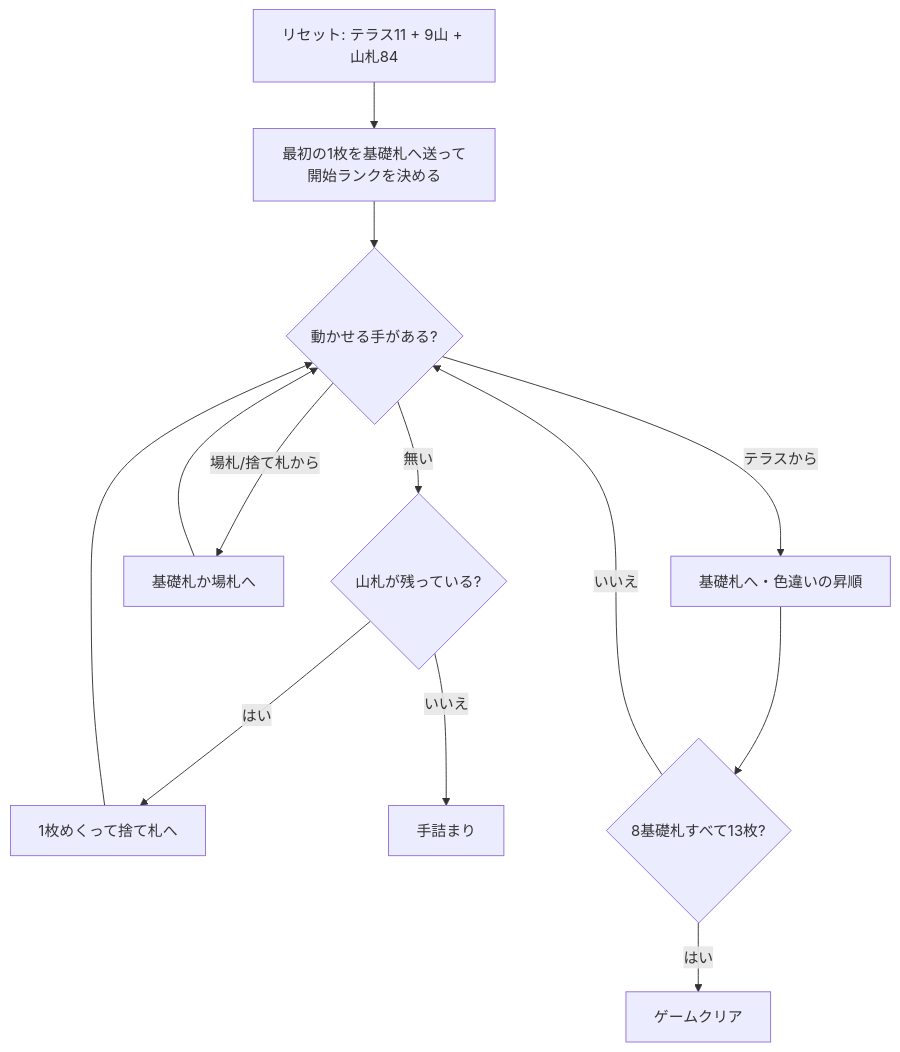
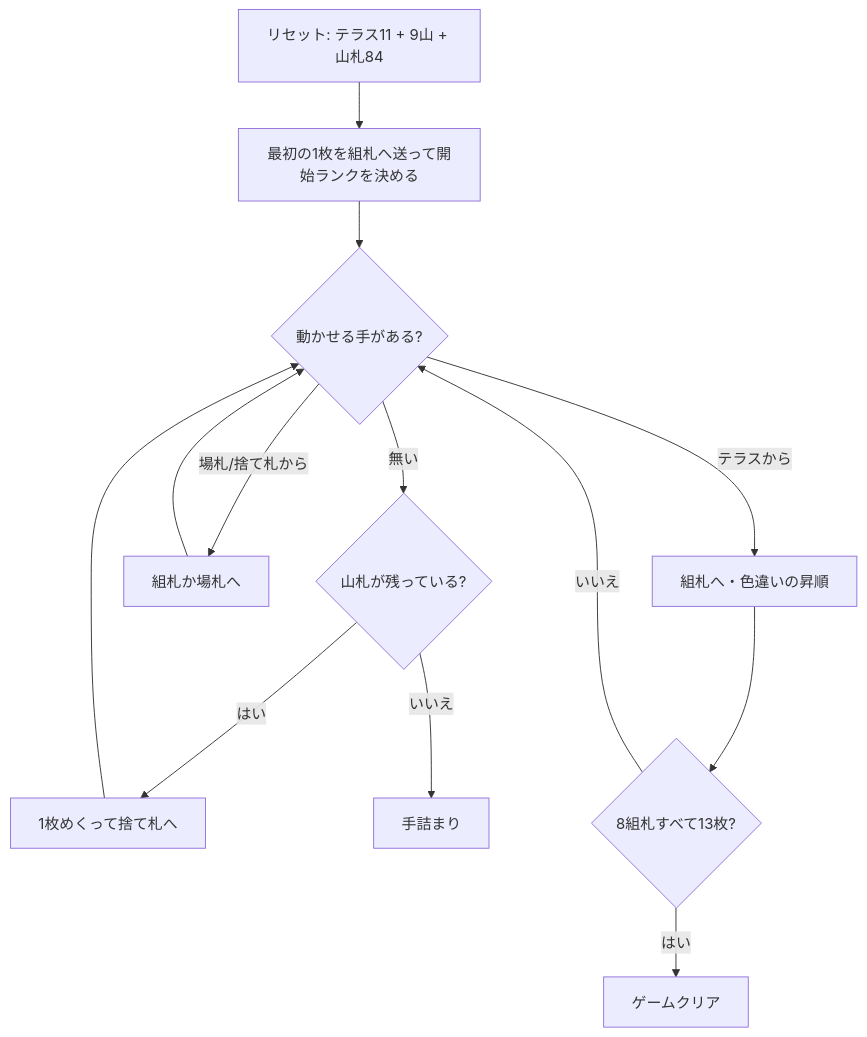
One commit to yuta-yoshinaga/go_trumpcards changed the diagram in docs/manual/cui/terrace.md. Above: the diagram before and after it, drawn with Mermaid. The commit also changed other lines of this file and 49 other files, not shown here.

````diff
--- a/docs/manual/cui/terrace.md
+++ b/docs/manual/cui/terrace.md
@@ -37,15 +37,15 @@
 ```mermaid
 flowchart TD
-    A[リセット: テラス11 + 9山 + 山札84] --> B[最初の1枚を基礎札へ送って開始ランクを決める]
+    A[リセット: テラス11 + 9山 + 山札84] --> B[最初の1枚を組札へ送って開始ランクを決める]
     B --> C{動かせる手がある?}
-    C -- テラスから --> D[基礎札へ・色違いの昇順]
-    C -- 場札/捨て札から --> E[基礎札か場札へ]
+    C -- テラスから --> D[組札へ・色違いの昇順]
+    C -- 場札/捨て札から --> E[組札か場札へ]
     C -- 無い --> F{山札が残っている?}
     F -- はい --> G[1枚めくって捨て札へ]
     F -- いいえ --> H[手詰まり]
-    D --> I{8基礎札すべて13枚?}
+    D --> I{8組札すべて13枚?}
     E --> C
     G --> C
     I -- はい --> J[ゲームクリア]
     I -- いいえ --> C
 ```
````
